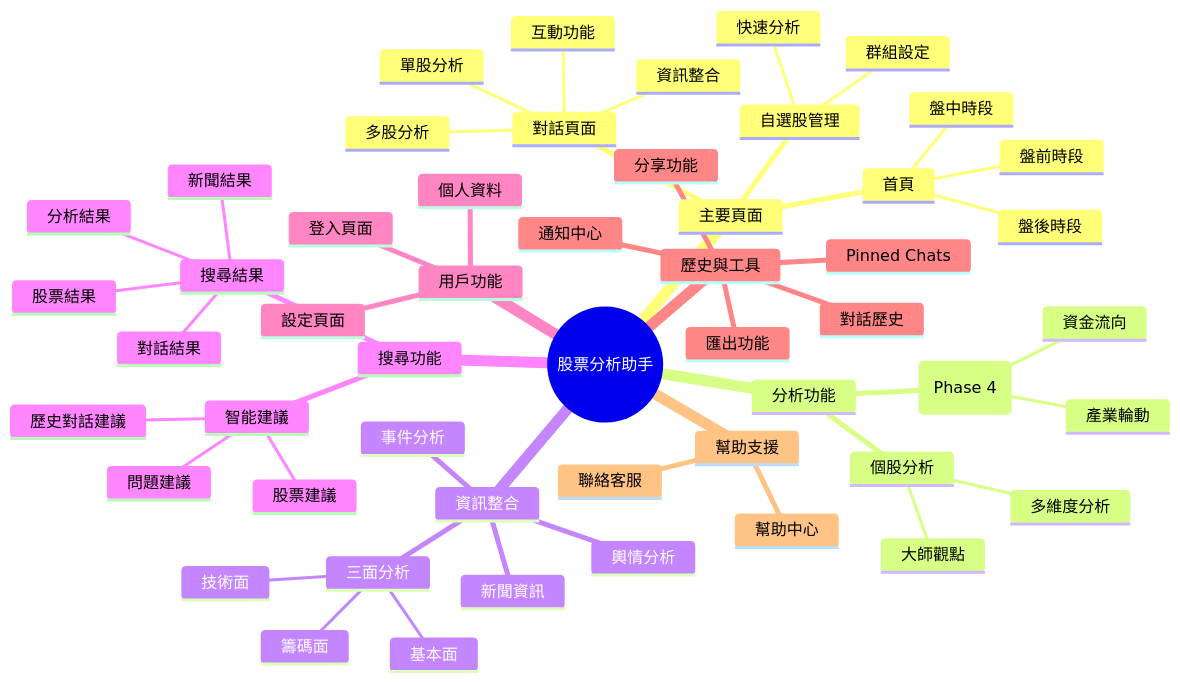
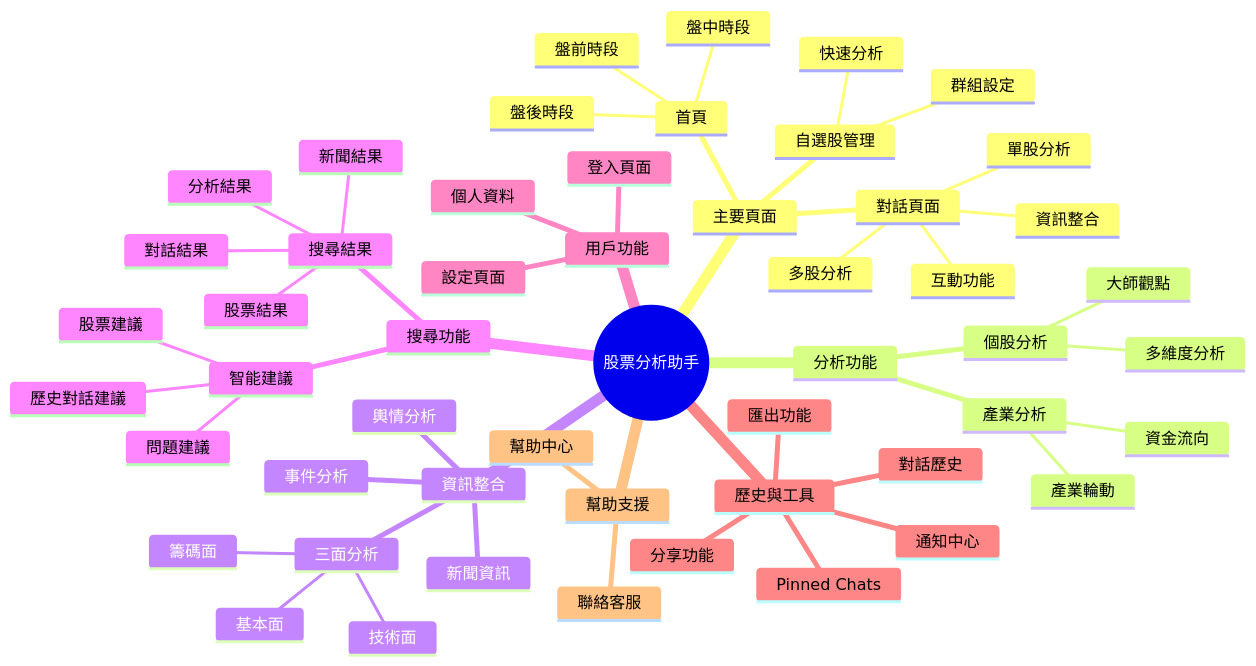
One commit to hihihowru/ai-chatbot-proxy changed the second of 2 diagrams in docs/sitemap.md. Above: the diagram before and after it, drawn with Mermaid. The commit also changed other lines of this file, not shown here.

````diff
--- a/docs/sitemap.md
+++ b/docs/sitemap.md
@@ -58,55 +58,55 @@
 ```mermaid
 mindmap
   root((股票分析助手))
     主要頁面
       首頁
         盤前時段
         盤中時段
         盤後時段
       對話頁面
         多股分析
         單股分析
         資訊整合
         互動功能
       自選股管理
         群組設定
         快速分析
     分析功能
       個股分析
         大師觀點
         多維度分析
-      產業分析 (Phase 4)
+      產業分析
         產業輪動
         資金流向
     資訊整合
       新聞資訊
       輿情分析
       事件分析
       三面分析
         籌碼面
         基本面
         技術面
     搜尋功能
       智能建議
         股票建議
         問題建議
         歷史對話建議
       搜尋結果
         股票結果
         新聞結果
         對話結果
         分析結果
     用戶功能
       登入頁面
       個人資料
       設定頁面
     歷史與工具
       對話歷史
       Pinned Chats
       匯出功能
       分享功能
       通知中心
     幫助支援
       幫助中心
       聯絡客服
 ```
````
